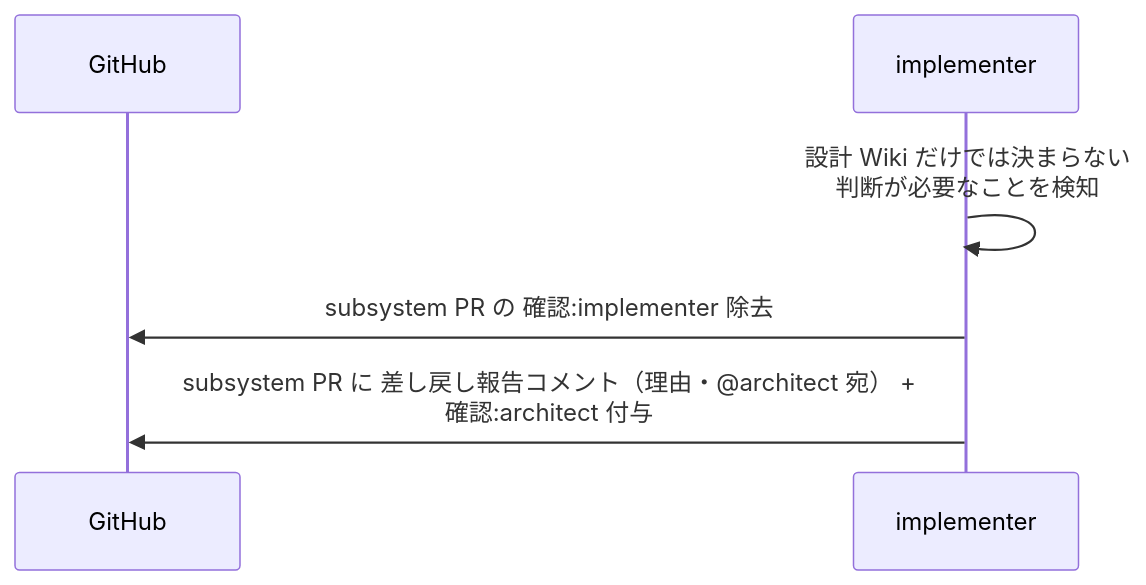
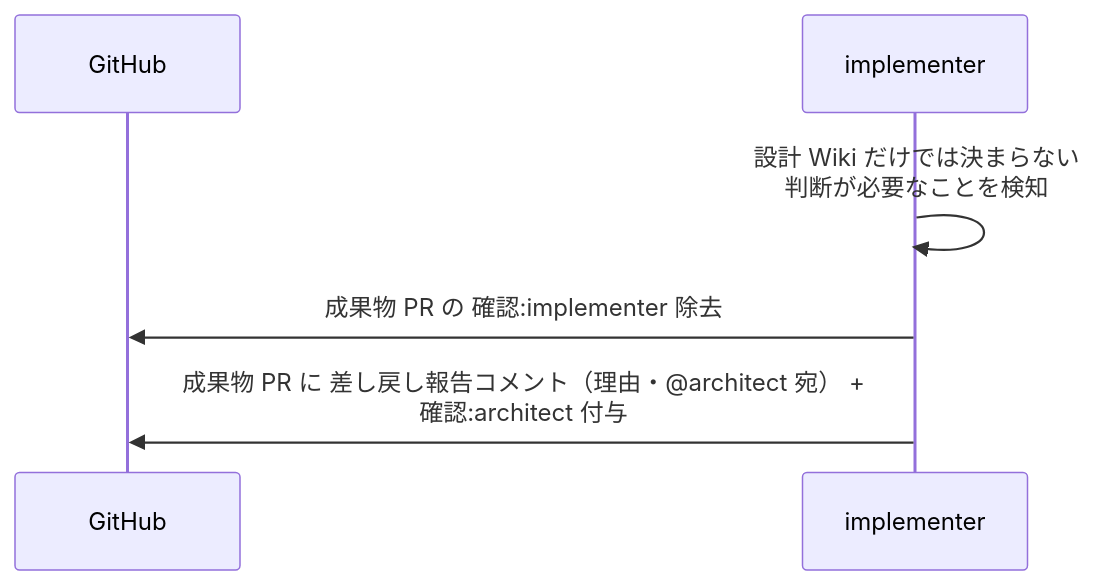
Before and after one commit to shuhei1101/ai-monitor: the third of 3 diagrams in docs/wiki/設計図/シナリオ/単一ユースケース/実装.md, drawn with Mermaid. The commit also changed other lines of this file and 256 other files, not shown here.

````diff
--- a/docs/wiki/設計図/シナリオ/単一ユースケース/実装.md
+++ b/docs/wiki/設計図/シナリオ/単一ユースケース/実装.md
@@ -120,9 +120,9 @@
 ```mermaid
 sequenceDiagram
   participant GH as GitHub
   participant MON as implementer
 
   MON->>MON: 設計 Wiki だけでは決まらない<br>判断が必要なことを検知
-  MON->>GH: subsystem PR の 確認:implementer 除去
-  MON->>GH: subsystem PR に 差し戻し報告コメント（理由・@architect 宛） +<br>確認:architect 付与
+  MON->>GH: 成果物 PR の 確認:implementer 除去
+  MON->>GH: 成果物 PR に 差し戻し報告コメント（理由・@architect 宛） +<br>確認:architect 付与
 ```
````
